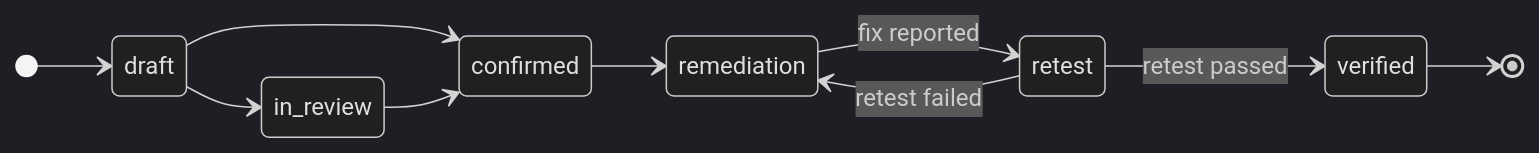
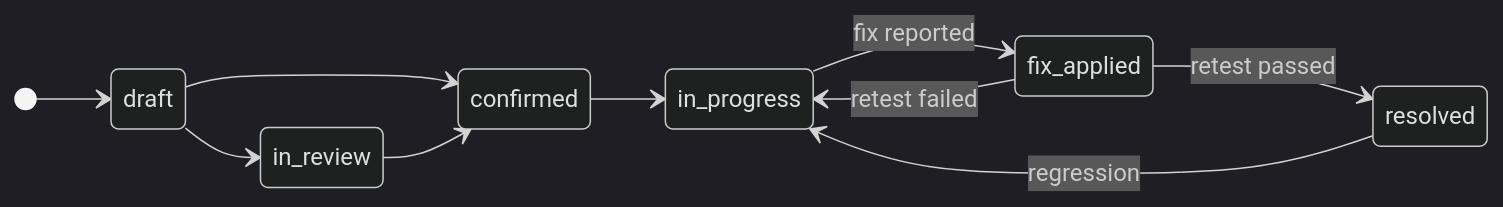
The second of 2 diagrams in user-guide/05-exposures-and-findings.md (openctemio/docs), drawn with Mermaid (dark theme) before and after one commit. The commit also changed other lines of this file and 1 other file, not shown here.

````diff
--- a/user-guide/05-exposures-and-findings.md
+++ b/user-guide/05-exposures-and-findings.md
@@ -263,13 +275,13 @@
 ```mermaid
 stateDiagram-v2
     direction LR
     [*] --> draft
     draft --> in_review
     draft --> confirmed
     in_review --> confirmed
-    confirmed --> remediation
-    remediation --> retest: fix reported
-    retest --> verified: retest passed
-    retest --> remediation: retest failed
-    verified --> [*]
+    confirmed --> in_progress
+    in_progress --> fix_applied: fix reported
+    fix_applied --> resolved: retest passed
+    fix_applied --> in_progress: retest failed
+    resolved --> in_progress: regression
 ```
````
